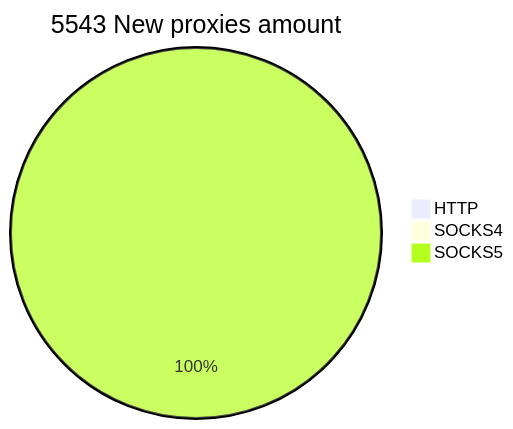
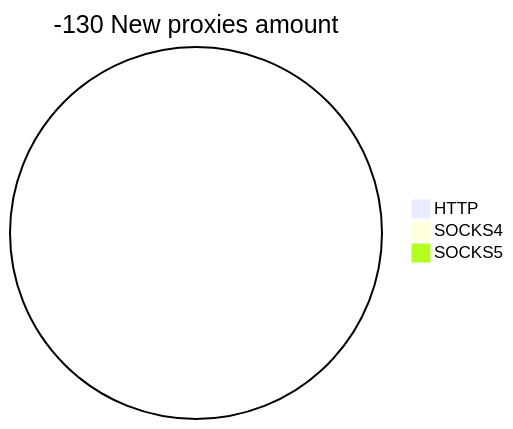
One commit to cutipu/proxylist changed the second of 2 diagrams in README.md. Above: the diagram before and after it, drawn with Mermaid. The commit also changed other lines of this file, not shown here.

````diff
--- a/README.md
+++ b/README.md
@@ -10,6 +10,6 @@
 ```mermaid
-pie title 5543 New proxies amount
+pie title -130 New proxies amount
     "HTTP" : 0
     "SOCKS4" : 0
-    "SOCKS5" : 5544
+    "SOCKS5" : 0
 ```
````
